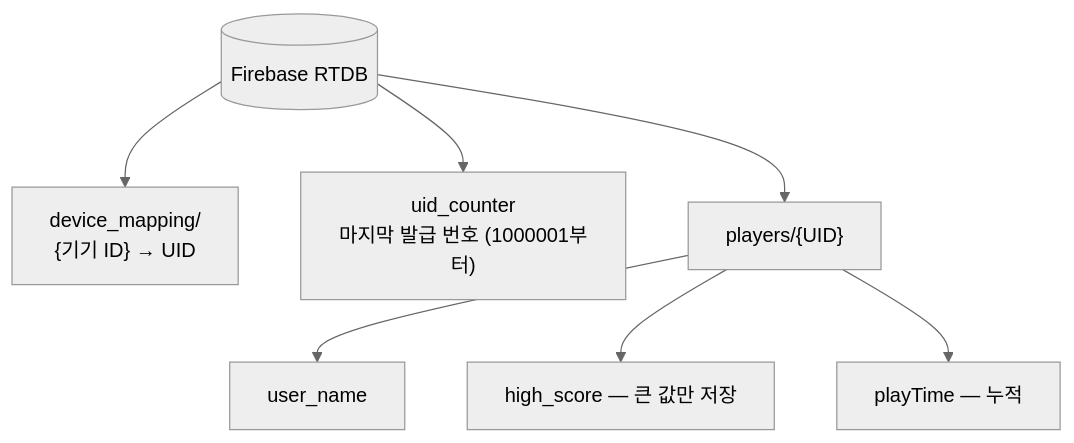
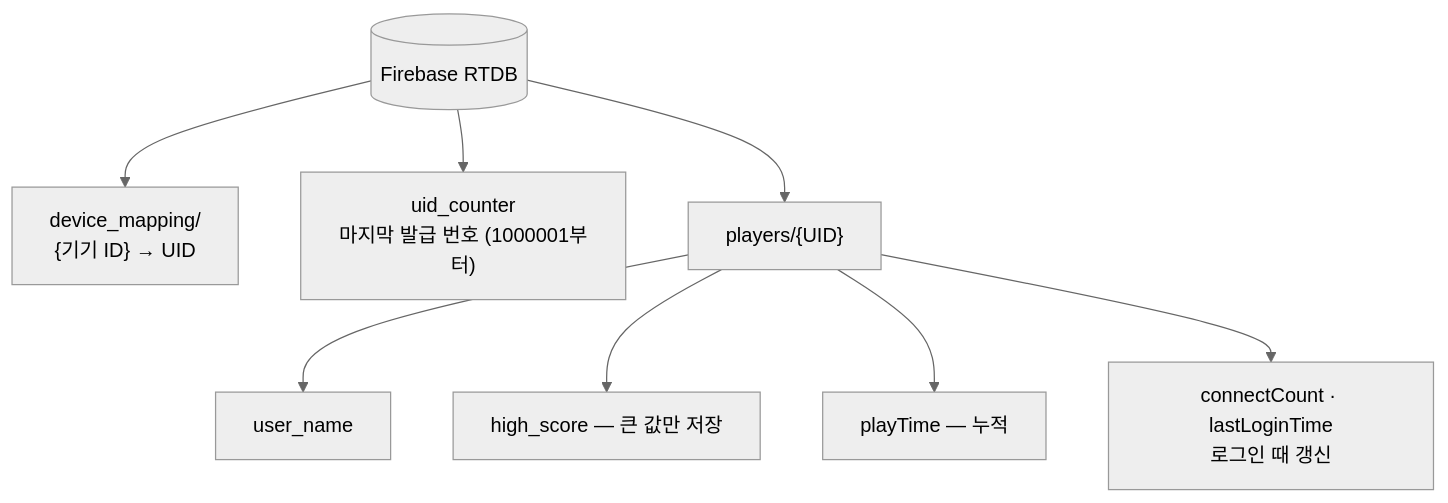
One commit to NaJungWon/portfolio changed the fifth of 6 diagrams in src/05-meow2048/기술문서.md. Above: the diagram before and after it, drawn with Mermaid. The commit also changed other lines of this file and 1 other file, not shown here.

````diff
--- a/src/05-meow2048/기술문서.md
+++ b/src/05-meow2048/기술문서.md
@@ -529,10 +531,11 @@
 ```mermaid
 %%{init: {'theme':'neutral'}}%%
 flowchart TB
     R[("Firebase RTDB")] --> DM["device_mapping/<br/>{기기 ID} → UID"]
     R --> UC["uid_counter<br/>마지막 발급 번호 (1000001부터)"]
     R --> PL["players/{UID}"]
     PL --> F1["user_name"]
     PL --> F2["high_score — 큰 값만 저장"]
     PL --> F3["playTime — 누적"]
+    PL --> F4["connectCount · lastLoginTime<br/>로그인 때 갱신"]
 ```
````
